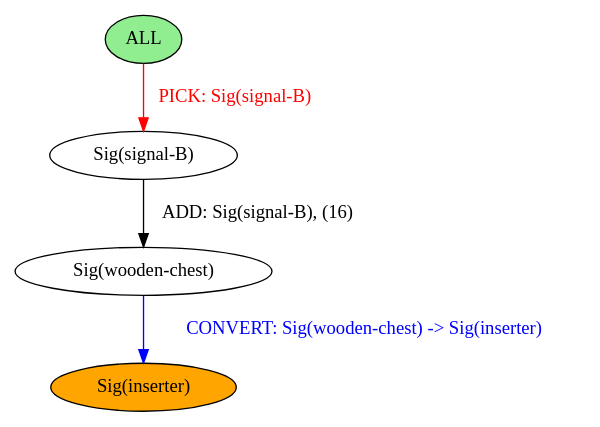
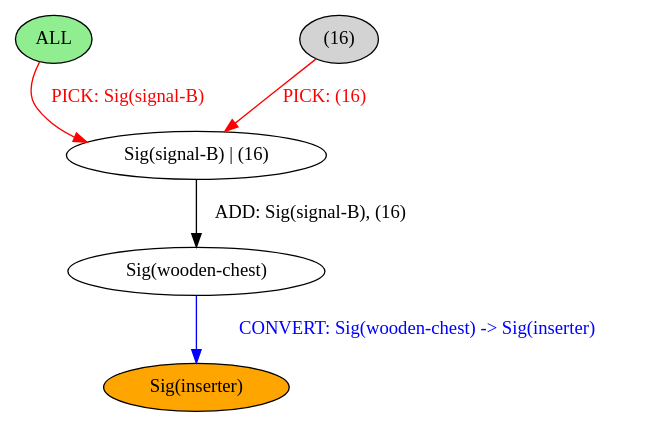
Before and after one commit to BalderHolst/chef: the diagram in chef-lang/examples/arithmetic.output.dot, drawn with Graphviz. The commit also changed 18 other files, not shown here.

```diff
--- a/chef-lang/examples/arithmetic.output.dot
+++ b/chef-lang/examples/arithmetic.output.dot
@@ -1,10 +1,12 @@
 strict digraph {
 	nodesep=1
 	5	[style=filled fillcolor=orange label="Sig(inserter)"]
 	4	[style=filled fillcolor=white label="Sig(wooden-chest)"]
 	0	[style=filled fillcolor=lightgreen label="ALL"]
-	3	[style=filled fillcolor=white label="Sig(signal-B)"]
+	3	[style=filled fillcolor=white label="Sig(signal-B) | (16)"]
+	2	[style=filled fillcolor=lightgray label="(16)"]
 	4 -> 5	[label="CONVERT: Sig(wooden-chest) -> Sig(inserter)" color=blue fontcolor=blue]
 	0 -> 3	[label="PICK: Sig(signal-B)" color=red fontcolor=red]
 	3 -> 4	[label="ADD: Sig(signal-B), (16)" color=black fontcolor=black]
+	2 -> 3	[label="PICK: (16)" color=red fontcolor=red]
 }
```
